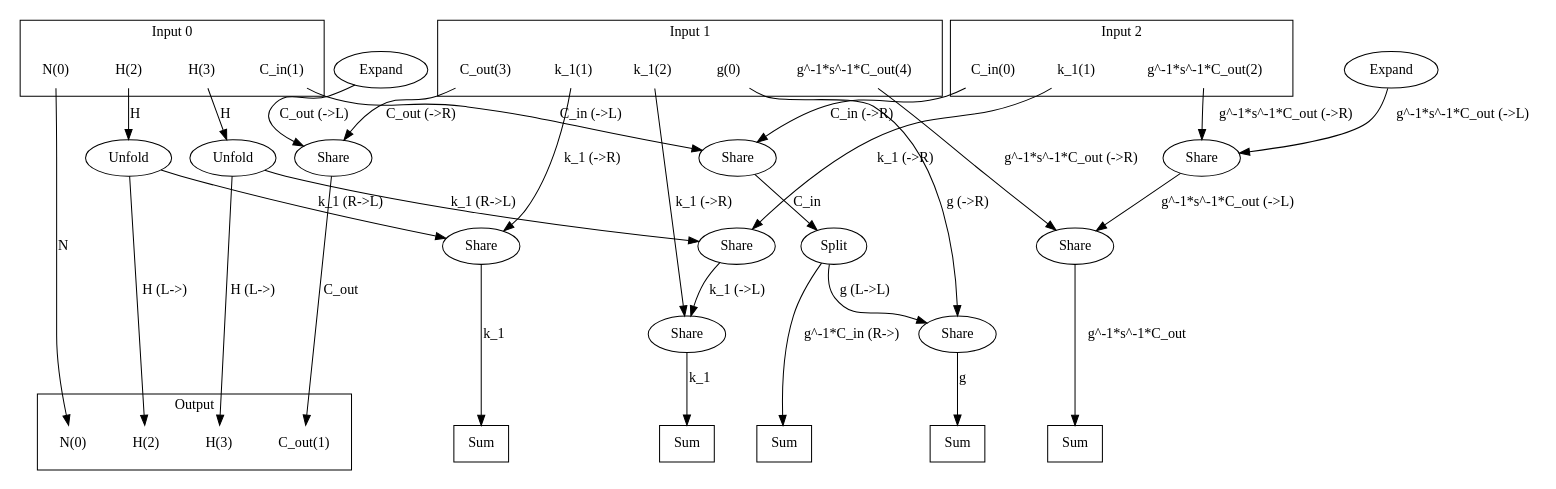
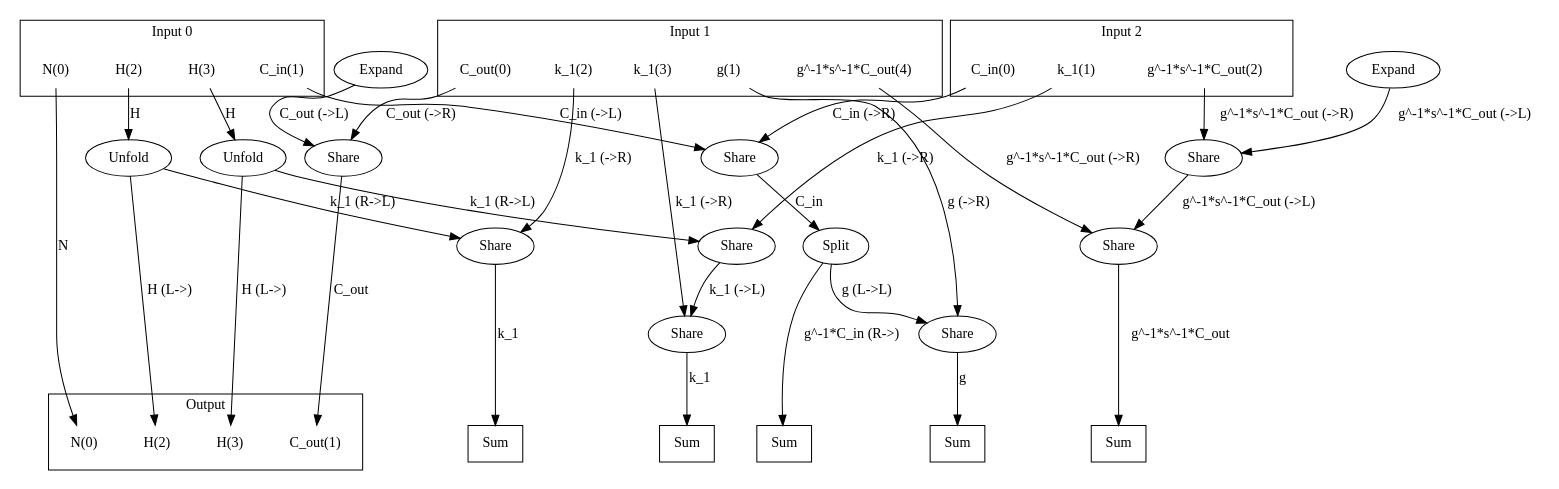
One commit to Yongqi-Zhuo/Syno-AE changed the diagram in data/vision/a100/good-kernels-imagenet/resnet18/07045_4438388019704064842/kernel_scheduler_dir/kernel_graph.dot. Above: the diagram before and after it, drawn with Graphviz. The commit also changed 509 other files, not shown here.

```diff
--- a/data/vision/a100/good-kernels-imagenet/resnet18/07045_4438388019704064842/kernel_scheduler_dir/kernel_graph.dot
+++ b/data/vision/a100/good-kernels-imagenet/resnet18/07045_4438388019704064842/kernel_scheduler_dir/kernel_graph.dot
@@ -1,102 +1,102 @@
 digraph kernel_generated {
 newrank = true;
-op_0x5566a540e500 [label="Share"];
-op_0x5566a540e5a0 [label="Share"];
-op_0x5566a540e5f0 [label="Share"];
-op_0x5566a540e640 [label="Share"];
-op_0x5566a540e690 [label="Share"];
-op_0x5566a540e6e0 [label="Share"];
-op_0x5566a540e870 [label="Share"];
-op_0x5566a540eab8 [label="Expand"];
-op_0x5566a540ead8 [label="Expand"];
-op_0x5566a5412f80 [label="Split"];
-op_0x5566a54cb290 [label="Share"];
-op_0x5566a7544580 [label="Unfold"];
-op_0x5566a754d840 [label="Unfold"];
-reduce_0x7f23c0001a98 [label="Sum", shape=box];
-reduce_0x7f23c0001ab0 [label="Sum", shape=box];
-reduce_0x7f23c0001928 [label="Sum", shape=box];
-reduce_0x7f23c0009288 [label="Sum", shape=box];
-reduce_0x7f23c0005a90 [label="Sum", shape=box];
+op_0x55ad0b705c00 [label="Share"];
+op_0x55ad0b705cf0 [label="Share"];
+op_0x55ad0b705f20 [label="Share"];
+op_0x55ad0b705f70 [label="Share"];
+op_0x55ad0b705fc0 [label="Share"];
+op_0x55ad0b706010 [label="Share"];
+op_0x55ad0b706138 [label="Expand"];
+op_0x55ad0b7061b8 [label="Expand"];
+op_0x55ad0b71c500 [label="Unfold"];
+op_0x55ad0b71c640 [label="Unfold"];
+op_0x55ad0b731610 [label="Split"];
+op_0x55ad0b757270 [label="Share"];
+op_0x55ad0b7572c0 [label="Share"];
+reduce_0x7ef2c8001a98 [label="Sum", shape=box];
+reduce_0x7ef2c8001ab0 [label="Sum", shape=box];
+reduce_0x7ef2c8001928 [label="Sum", shape=box];
+reduce_0x7ef2c8009088 [label="Sum", shape=box];
+reduce_0x7ef2c8005990 [label="Sum", shape=box];
 subgraph cluster_out {
 label = "Output";
 out_0 [label="N(0)", shape=none];
 out_1 [label="C_out(1)", shape=none];
 out_2 [label="H(2)", shape=none];
 out_3 [label="H(3)", shape=none];
 }
 { rank = same;
-reduce_0x7f23c0001a98;
-reduce_0x7f23c0001ab0;
-reduce_0x7f23c0001928;
-reduce_0x7f23c0009288;
-reduce_0x7f23c0005a90;
+reduce_0x7ef2c8001a98;
+reduce_0x7ef2c8001ab0;
+reduce_0x7ef2c8001928;
+reduce_0x7ef2c8009088;
+reduce_0x7ef2c8005990;
 out_0;
 out_1;
 out_2;
 out_3;
 }
 subgraph cluster_in_0 {
 label = "Input 0";
 in_0_0 [label="N(0)", shape=none];
 in_0_1 [label="C_in(1)", shape=none];
 in_0_2 [label="H(2)", shape=none];
 in_0_3 [label="H(3)", shape=none];
 }
 subgraph cluster_in_1 {
 label = "Input 1";
-in_1_0 [label="g(0)", shape=none];
-in_1_1 [label="k_1(1)", shape=none];
+in_1_0 [label="C_out(0)", shape=none];
+in_1_1 [label="g(1)", shape=none];
 in_1_2 [label="k_1(2)", shape=none];
-in_1_3 [label="C_out(3)", shape=none];
+in_1_3 [label="k_1(3)", shape=none];
 in_1_4 [label="g^-1*s^-1*C_out(4)", shape=none];
 }
 subgraph cluster_in_2 {
 label = "Input 2";
 in_2_0 [label="C_in(0)", shape=none];
 in_2_1 [label="k_1(1)", shape=none];
 in_2_2 [label="g^-1*s^-1*C_out(2)", shape=none];
 }
 { rank = same;
 in_0_0;
 in_0_1;
 in_0_2;
 in_0_3;
 in_1_0;
 in_1_1;
 in_1_2;
 in_1_3;
 in_1_4;
 in_2_0;
 in_2_1;
 in_2_2;
 }
 in_0_0 -> out_0 [label="N"];
-in_0_1 -> op_0x5566a540e870 [label="C_in (->L)"];
-in_0_2 -> op_0x5566a7544580 [label="H"];
-in_0_3 -> op_0x5566a754d840 [label="H"];
-in_1_0 -> op_0x5566a540e5a0 [label="g (->R)"];
-in_1_1 -> op_0x5566a540e5f0 [label="k_1 (->R)"];
-in_1_2 -> op_0x5566a540e690 [label="k_1 (->R)"];
-in_1_3 -> op_0x5566a540e500 [label="C_out (->R)"];
-in_1_4 -> op_0x5566a540e640 [label="g^-1*s^-1*C_out (->R)"];
-in_2_0 -> op_0x5566a540e870 [label="C_in (->R)"];
-in_2_1 -> op_0x5566a54cb290 [label="k_1 (->R)"];
-in_2_2 -> op_0x5566a540e6e0 [label="g^-1*s^-1*C_out (->R)"];
-op_0x5566a540eab8 -> op_0x5566a540e500 [label="C_out (->L)"];
-op_0x5566a5412f80 -> op_0x5566a540e5a0 [label="g (L->L)"];
-op_0x5566a7544580 -> op_0x5566a540e5f0 [label="k_1 (R->L)"];
-op_0x5566a540e6e0 -> op_0x5566a540e640 [label="g^-1*s^-1*C_out (->L)"];
-op_0x5566a54cb290 -> op_0x5566a540e690 [label="k_1 (->L)"];
-op_0x5566a540ead8 -> op_0x5566a540e6e0 [label="g^-1*s^-1*C_out (->L)"];
-op_0x5566a540e870 -> op_0x5566a5412f80 [label="C_in"];
-op_0x5566a540e500 -> out_1 [label="C_out"];
-op_0x5566a7544580 -> out_2 [label="H (L->)"];
-op_0x5566a754d840 -> out_3 [label="H (L->)"];
-op_0x5566a754d840 -> op_0x5566a54cb290 [label="k_1 (R->L)"];
-op_0x5566a540e5a0 -> reduce_0x7f23c0001928 [label="g"];
-op_0x5566a540e5f0 -> reduce_0x7f23c0001a98 [label="k_1"];
-op_0x5566a540e690 -> reduce_0x7f23c0001ab0 [label="k_1"];
-op_0x5566a5412f80 -> reduce_0x7f23c0005a90 [label="g^-1*C_in (R->)"];
-op_0x5566a540e640 -> reduce_0x7f23c0009288 [label="g^-1*s^-1*C_out"];
+in_0_1 -> op_0x55ad0b757270 [label="C_in (->L)"];
+in_0_2 -> op_0x55ad0b71c500 [label="H"];
+in_0_3 -> op_0x55ad0b71c640 [label="H"];
+in_1_0 -> op_0x55ad0b705c00 [label="C_out (->R)"];
+in_1_1 -> op_0x55ad0b705f20 [label="g (->R)"];
+in_1_2 -> op_0x55ad0b705cf0 [label="k_1 (->R)"];
+in_1_3 -> op_0x55ad0b705fc0 [label="k_1 (->R)"];
+in_1_4 -> op_0x55ad0b705f70 [label="g^-1*s^-1*C_out (->R)"];
+in_2_0 -> op_0x55ad0b757270 [label="C_in (->R)"];
+in_2_1 -> op_0x55ad0b7572c0 [label="k_1 (->R)"];
+in_2_2 -> op_0x55ad0b706010 [label="g^-1*s^-1*C_out (->R)"];
+op_0x55ad0b705c00 -> out_1 [label="C_out"];
+op_0x55ad0b71c500 -> out_2 [label="H (L->)"];
+op_0x55ad0b71c640 -> out_3 [label="H (L->)"];
+op_0x55ad0b706138 -> op_0x55ad0b705c00 [label="C_out (->L)"];
+op_0x55ad0b71c500 -> op_0x55ad0b705cf0 [label="k_1 (R->L)"];
+op_0x55ad0b731610 -> op_0x55ad0b705f20 [label="g (L->L)"];
+op_0x55ad0b706010 -> op_0x55ad0b705f70 [label="g^-1*s^-1*C_out (->L)"];
+op_0x55ad0b7572c0 -> op_0x55ad0b705fc0 [label="k_1 (->L)"];
+op_0x55ad0b7061b8 -> op_0x55ad0b706010 [label="g^-1*s^-1*C_out (->L)"];
+op_0x55ad0b757270 -> op_0x55ad0b731610 [label="C_in"];
+op_0x55ad0b71c640 -> op_0x55ad0b7572c0 [label="k_1 (R->L)"];
+op_0x55ad0b705f20 -> reduce_0x7ef2c8001928 [label="g"];
+op_0x55ad0b705cf0 -> reduce_0x7ef2c8001a98 [label="k_1"];
+op_0x55ad0b705fc0 -> reduce_0x7ef2c8001ab0 [label="k_1"];
+op_0x55ad0b731610 -> reduce_0x7ef2c8005990 [label="g^-1*C_in (R->)"];
+op_0x55ad0b705f70 -> reduce_0x7ef2c8009088 [label="g^-1*s^-1*C_out"];
 }
```
